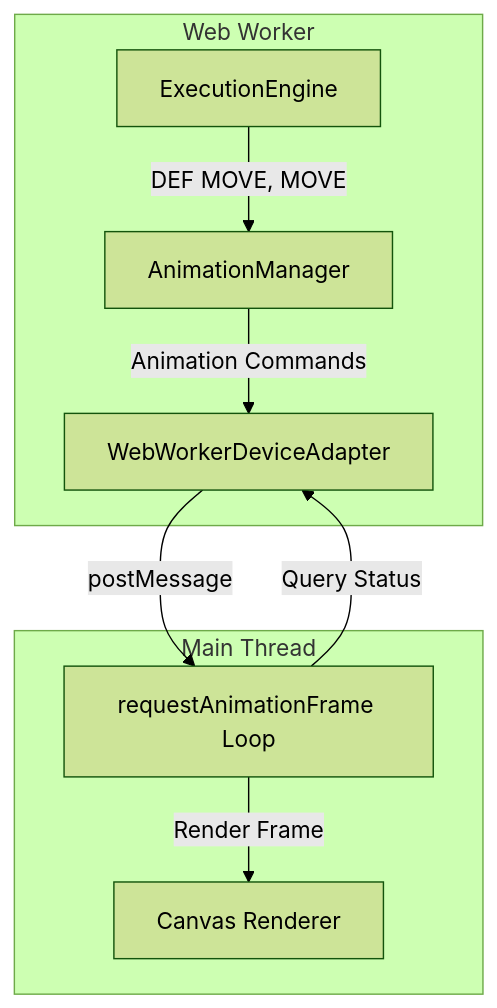
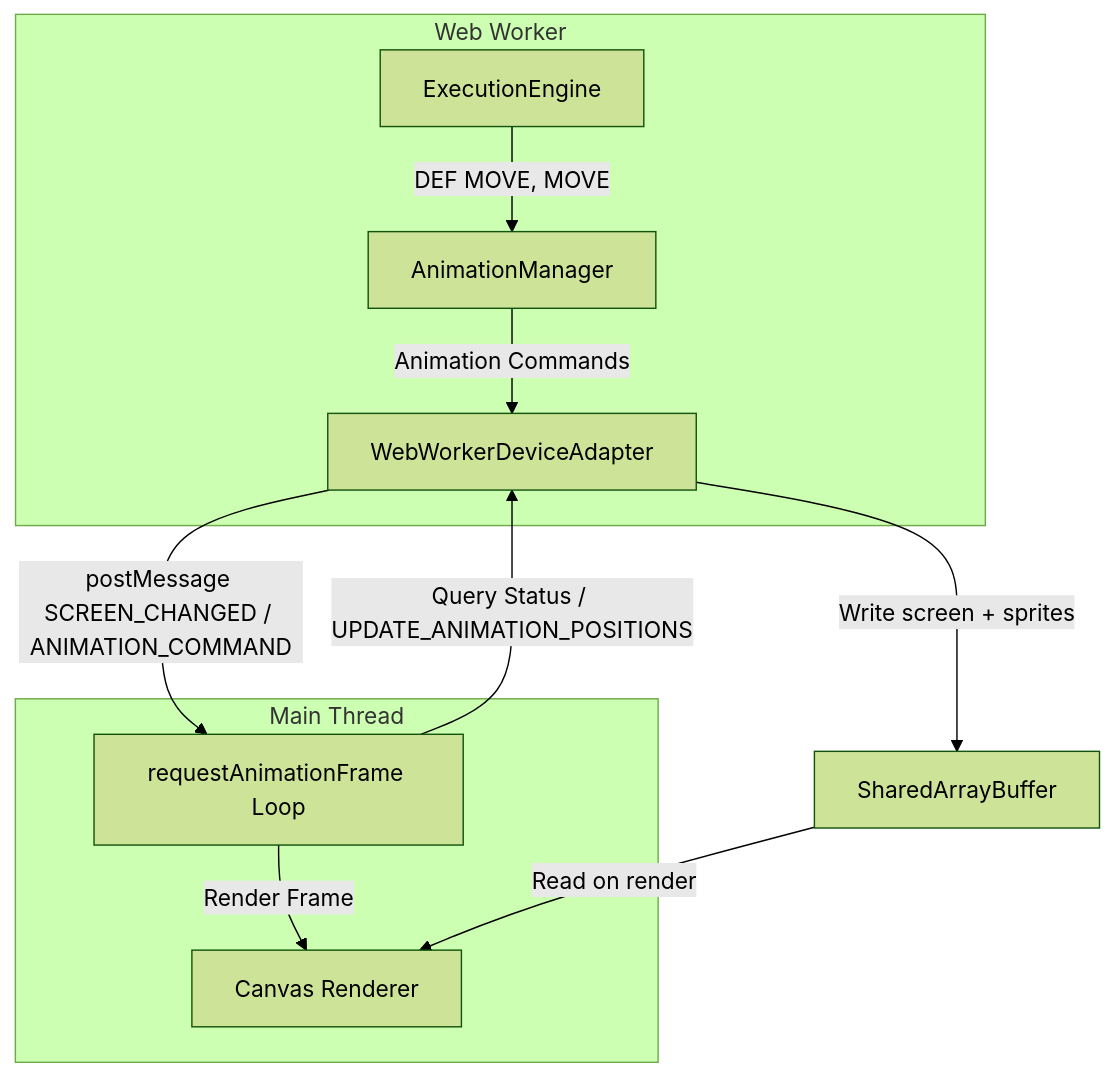
One commit to cfvbaibai/fbasic-ide changed the diagram in docs/planning/sprite-animation-implementation-plan.md. Above: the diagram before and after it, drawn with Mermaid (forest theme). The commit also changed other lines of this file and 57 other files, not shown here.

````diff
--- a/docs/planning/sprite-animation-implementation-plan.md
+++ b/docs/planning/sprite-animation-implementation-plan.md
@@ -56,21 +56,24 @@
 ```mermaid
 graph TB
     subgraph WebWorker["Web Worker"]
         AM[AnimationManager]
         EE[ExecutionEngine]
         WWDA[WebWorkerDeviceAdapter]
 
         EE -->|DEF MOVE, MOVE| AM
         AM -->|Animation Commands| WWDA
     end
 
     subgraph MainThread["Main Thread"]
         CR[Canvas Renderer]
         RAF[requestAnimationFrame Loop]
 
         RAF -->|Render Frame| CR
     end
 
-    WWDA -->|postMessage| RAF
-    RAF -->|Query Status| WWDA
+    SAB[SharedArrayBuffer]
+    WWDA -->|Write screen + sprites| SAB
+    WWDA -->|postMessage SCREEN_CHANGED / ANIMATION_COMMAND| RAF
+    SAB -->|Read on render| CR
+    RAF -->|Query Status / UPDATE_ANIMATION_POSITIONS| WWDA
 ```
````
